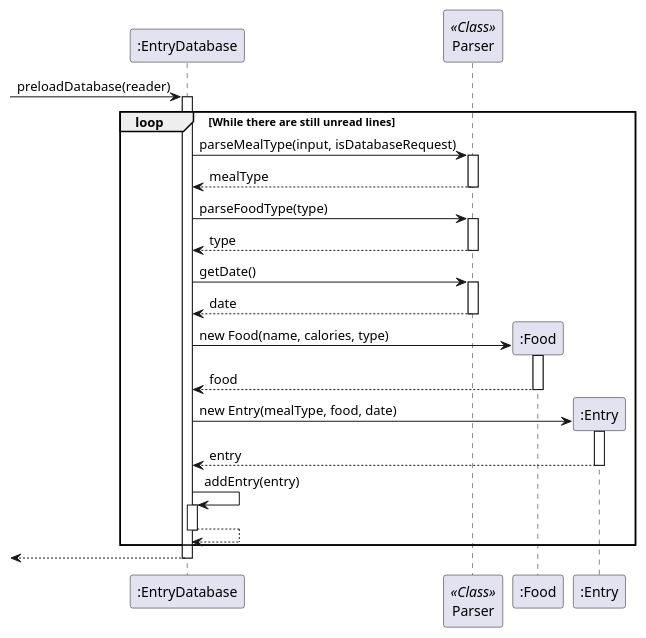
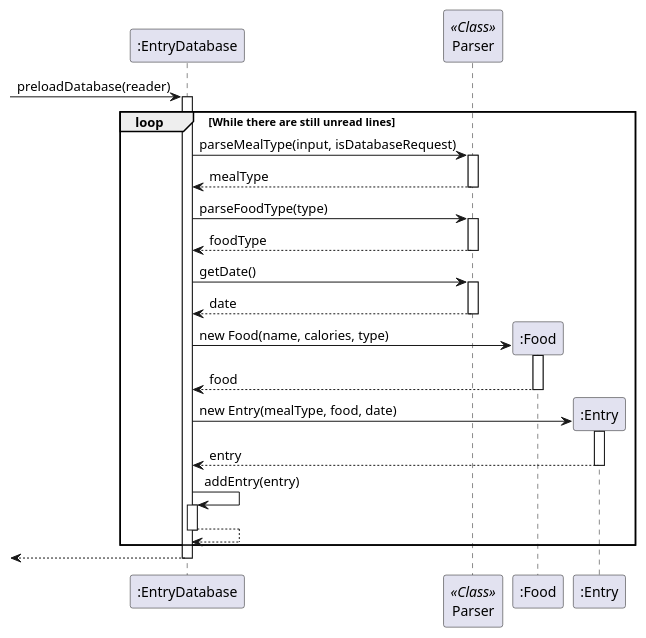
Before and after one commit to praj-bellakka/tp: the diagram in docs/diagrams-DG/EntryDatabase_preLoadDatabase_Seq.puml, drawn with PlantUML.

Commit message:
Update foodType

```diff
--- a/docs/diagrams-DG/EntryDatabase_preLoadDatabase_Seq.puml
+++ b/docs/diagrams-DG/EntryDatabase_preLoadDatabase_Seq.puml
@@ -1,38 +1,38 @@
 @startuml
 'https://plantuml.com/sequence-diagram
 
 -> ":EntryDatabase": preloadDatabase(reader)
 activate ":EntryDatabase"
 participant Parser << Class >>
 loop While there are still unread lines
 
     ":EntryDatabase" -> Parser: parseMealType(input, isDatabaseRequest)
     activate Parser
     return mealType
 
     ":EntryDatabase" -> Parser: parseFoodType(type)
     activate Parser
-    return type
+    return foodType
 
     ":EntryDatabase" -> Parser: getDate()
     activate Parser
     return date
 
     create ":Food"
     ":EntryDatabase" -> ":Food": new Food(name, calories, type)
     activate ":Food"
     return food
 
     create ":Entry"
     ":EntryDatabase" -> ":Entry": new Entry(mealType, food, date)
     activate ":Entry"
     return entry
 
     ":EntryDatabase" -> ":EntryDatabase": addEntry(entry)
     activate ":EntryDatabase"
     return
 
 end
 
 return
 @enduml
```
